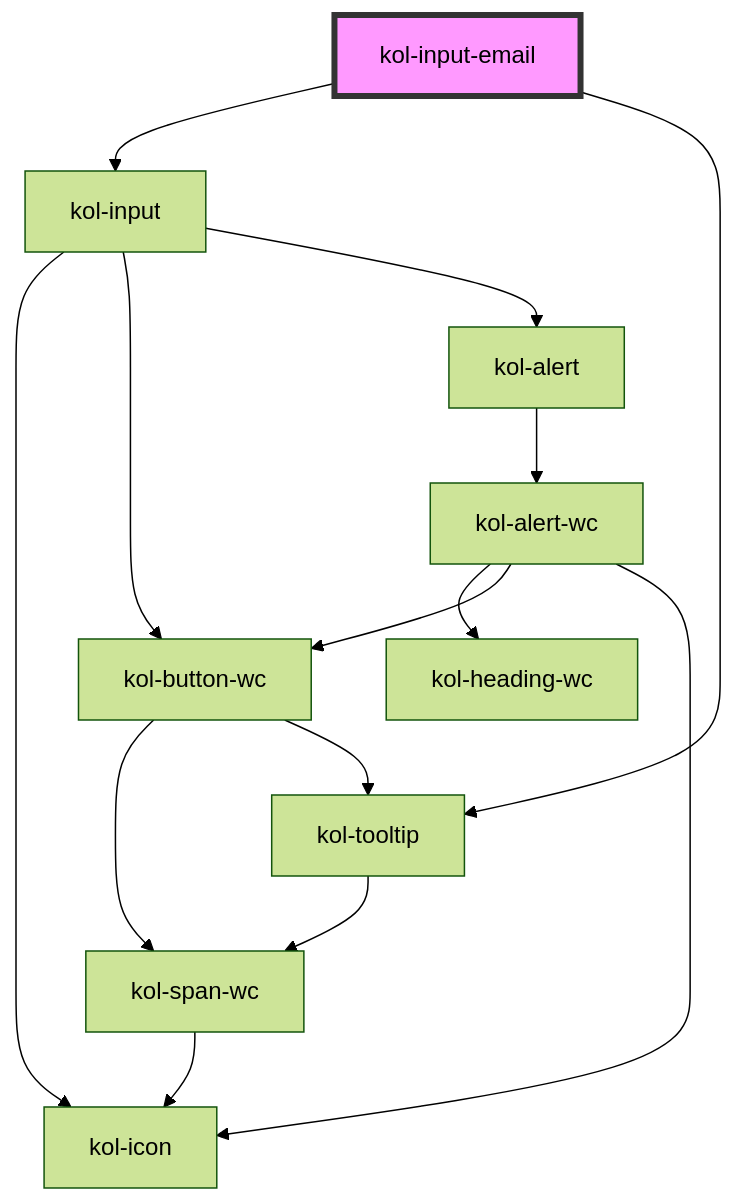
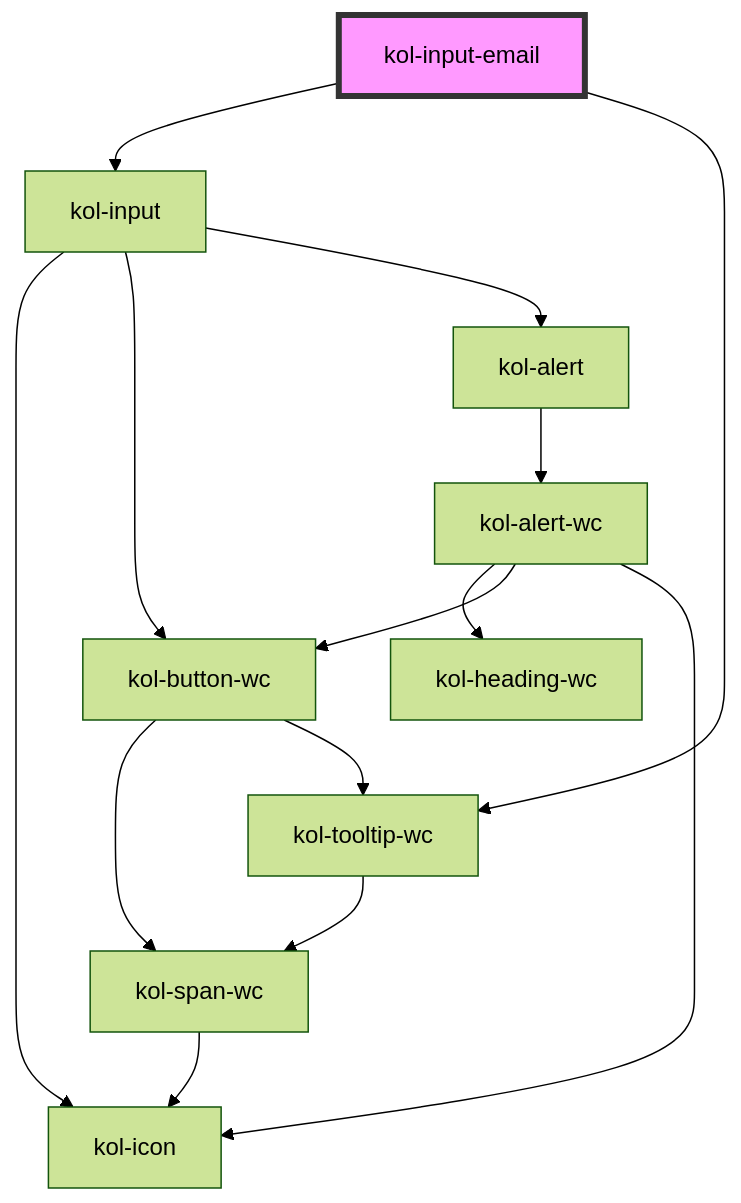
The diagram in packages/components/src/components/input-email/readme.md (public-ui/kolibri), drawn with Mermaid (forest theme) before and after one commit. The commit also changed other lines of this file and 99 other files, not shown here.

````diff
--- a/packages/components/src/components/input-email/readme.md
+++ b/packages/components/src/components/input-email/readme.md
@@ -92,17 +92,17 @@
 ```mermaid
 graph TD;
   kol-input-email --> kol-input
-  kol-input-email --> kol-tooltip
+  kol-input-email --> kol-tooltip-wc
   kol-input --> kol-icon
   kol-input --> kol-button-wc
   kol-input --> kol-alert
   kol-button-wc --> kol-span-wc
-  kol-button-wc --> kol-tooltip
+  kol-button-wc --> kol-tooltip-wc
   kol-span-wc --> kol-icon
-  kol-tooltip --> kol-span-wc
+  kol-tooltip-wc --> kol-span-wc
   kol-alert --> kol-alert-wc
   kol-alert-wc --> kol-heading-wc
   kol-alert-wc --> kol-button-wc
   kol-alert-wc --> kol-icon
   style kol-input-email fill:#f9f,stroke:#333,stroke-width:4px
 ```
````
